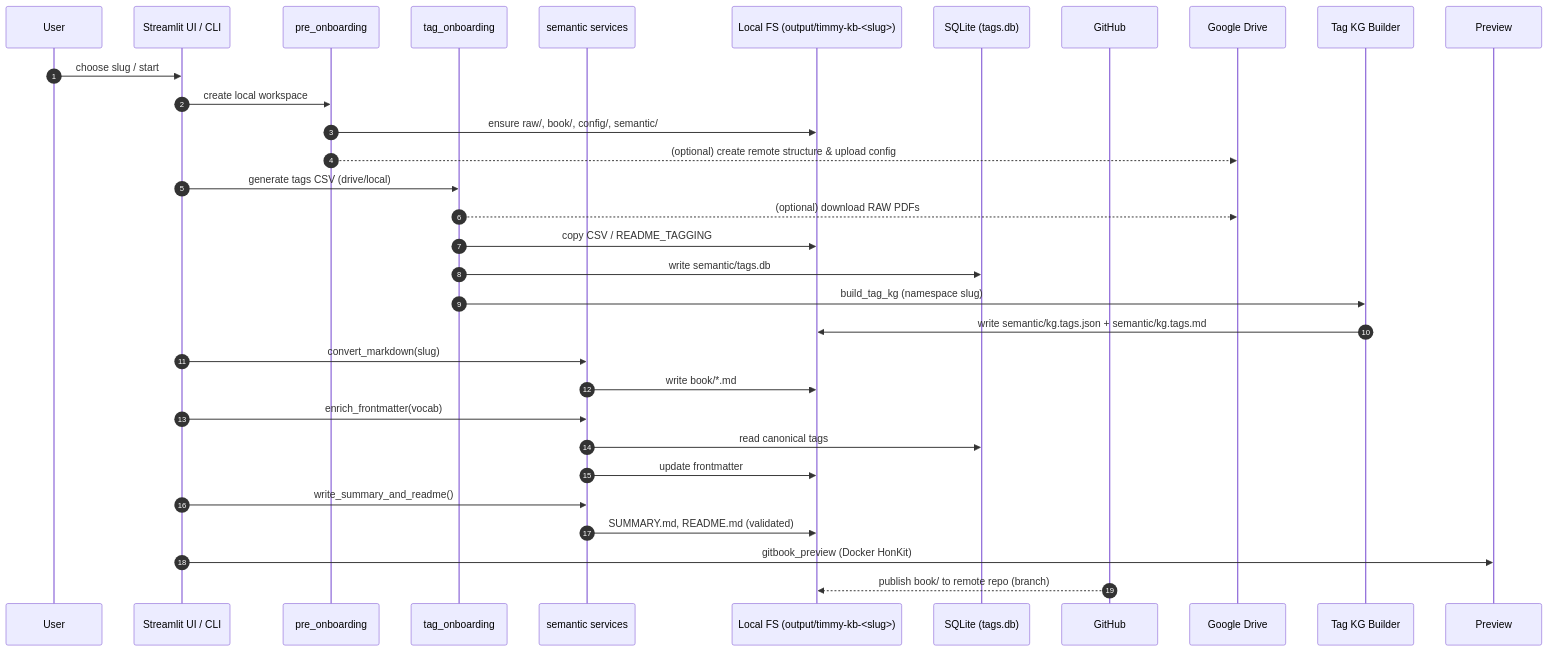
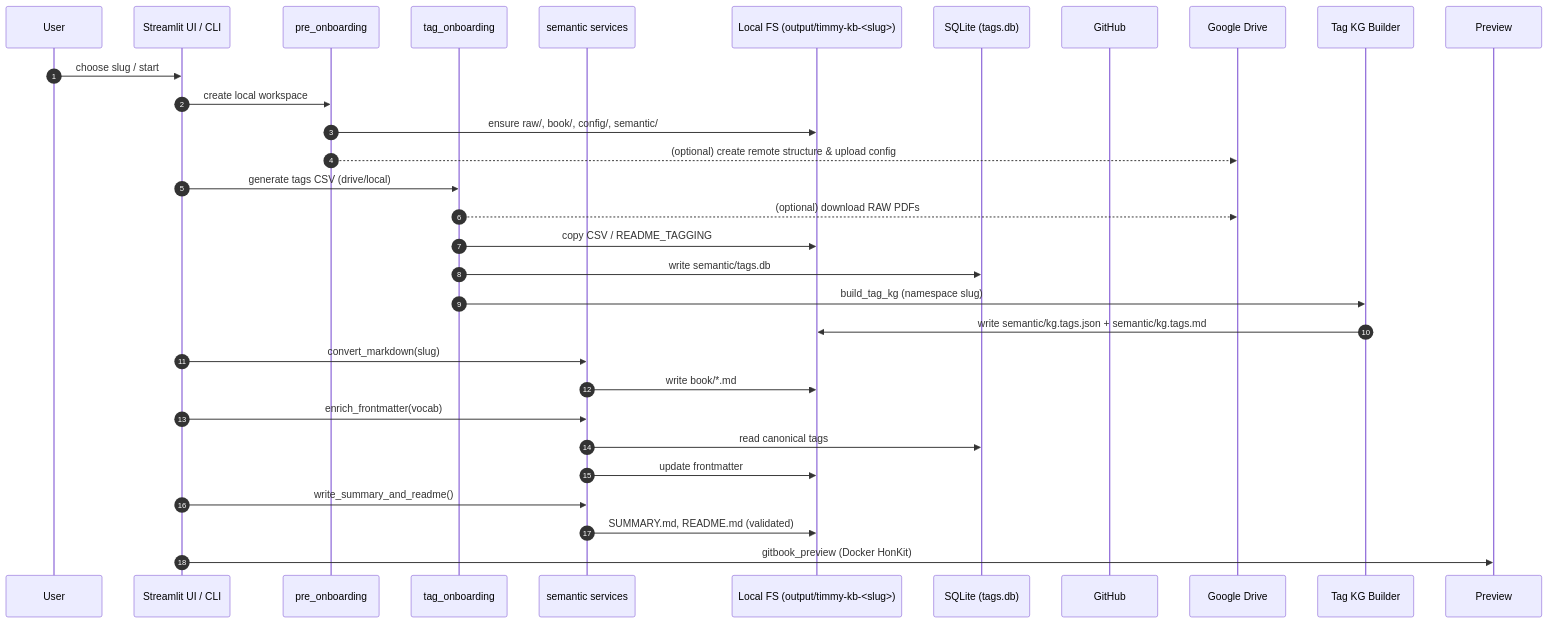
The second of 2 diagrams in system/architecture.md (nextybase/timmy-kb-acme), drawn with Mermaid before and after one commit. The commit also changed other lines of this file and 22 other files, not shown here.

````diff
--- a/system/architecture.md
+++ b/system/architecture.md
@@ -245,73 +236,72 @@
 ```mermaid
 
 sequenceDiagram
 
     autonumber
 
     participant User
 
     participant UI as Streamlit UI / CLI
 
     participant PRE as pre_onboarding
 
     participant TAG as tag_onboarding
 
     participant SEM as semantic services
 
     participant FS as Local FS (output/timmy-kb-<slug>)
 
     participant DB as SQLite (tags.db)
 
     participant GH as GitHub
 
     participant DRV as Google Drive
 
     participant KG as Tag KG Builder
 
 
 
     User->>UI: choose slug / start
 
     UI->>PRE: create local workspace
 
     PRE->>FS: ensure raw/, book/, config/, semantic/
 
     PRE-->>DRV: (optional) create remote structure & upload config
 
 
 
     UI->>TAG: generate tags CSV (drive/local)
 
     TAG-->>DRV: (optional) download RAW PDFs
 
     TAG->>FS: copy CSV / README_TAGGING
 
     TAG->>DB: write semantic/tags.db
 
     TAG->>KG: build_tag_kg (namespace slug)
 
     KG->>FS: write semantic/kg.tags.json + semantic/kg.tags.md
 
 
 
     UI->>SEM: convert_markdown(slug)
 
     SEM->>FS: write book/*.md
 
     UI->>SEM: enrich_frontmatter(vocab)
 
     SEM->>DB: read canonical tags
 
     SEM->>FS: update frontmatter
 
     UI->>SEM: write_summary_and_readme()
 
     SEM->>FS: SUMMARY.md, README.md (validated)
 
 
 
     UI->>Preview: gitbook_preview (Docker HonKit)
 
-    GH-->>FS: publish book/ to remote repo (branch)
 
 ```
````
